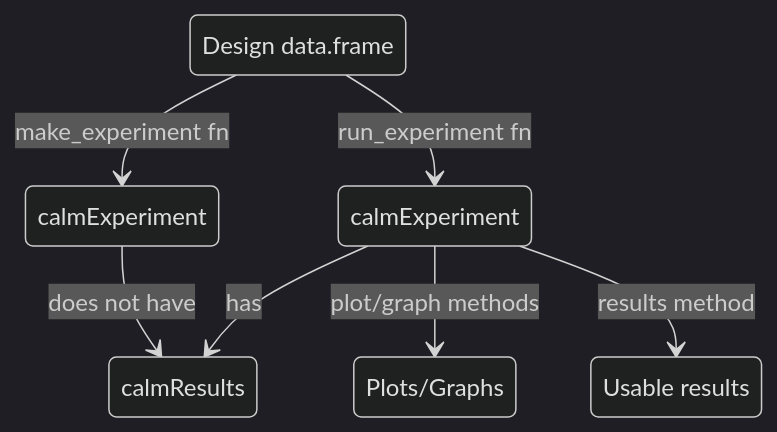
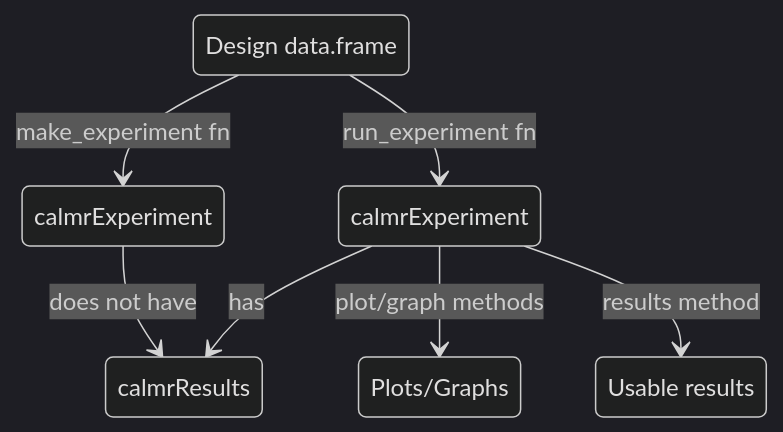
One commit to victor-navarro/victor-navarro.github.io changed the diagram in _posts/2024-02-19-calmr-refactor.md. Above: the diagram before and after it, drawn with Mermaid (dark theme). The commit also changed other lines of this file and 10 other files, not shown here.

````diff
--- a/_posts/2024-02-19-calmr-refactor.md
+++ b/_posts/2024-02-19-calmr-refactor.md
@@ -19,15 +19,15 @@
 ```mermaid 
 stateDiagram
     state "Design data.frame" as s1
-    state "calmExperiment" as exp1
-    state "calmExperiment" as exp2
-    state "calmResults" as res
+    state "calmrExperiment" as exp1
+    state "calmrExperiment" as exp2
+    state "calmrResults" as res
     state "Plots/Graphs" as pg
     state "Usable results" as ures
     s1-->exp1: make_experiment fn
     s1-->exp2: run_experiment fn
     exp2-->res: has
     exp1-->res: does not have
     exp2-->pg: plot/graph methods
     exp2-->ures: results method
 ```
````
